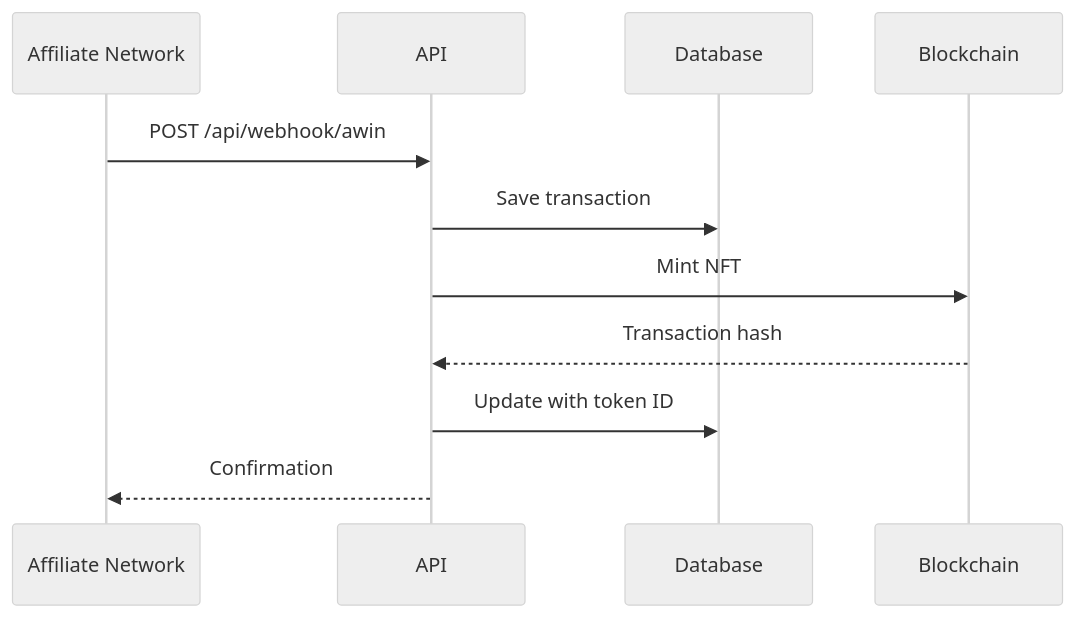
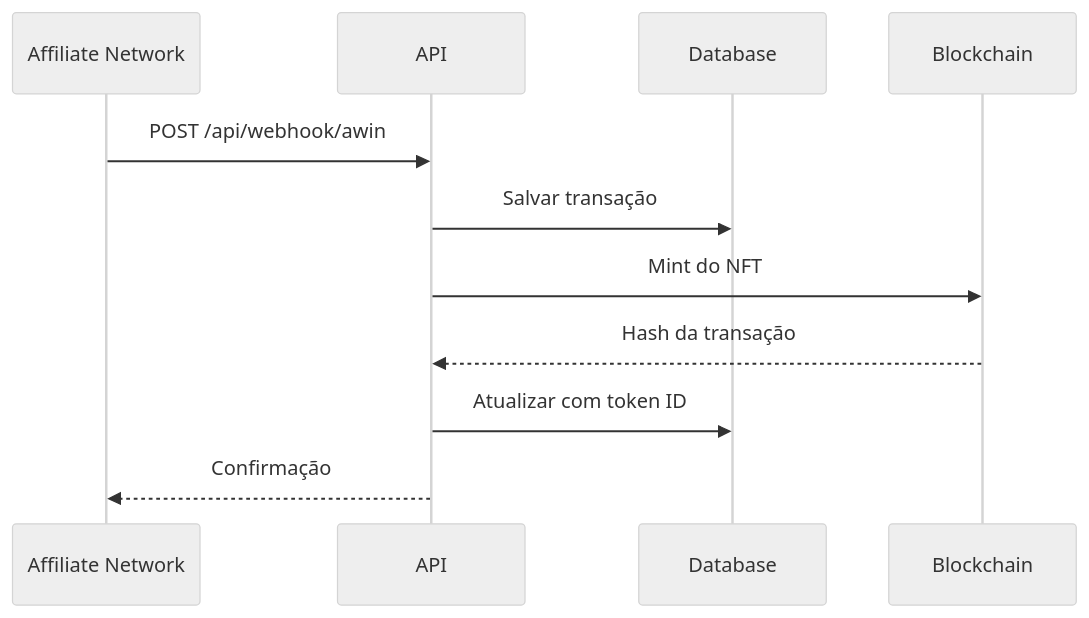
Before and after one commit to ArturGuarnieri/back-2-fan: the second of 2 diagrams in api-back2fan/README.md, drawn with Mermaid (neutral theme). The commit also changed other lines of this file, not shown here.

````diff
--- a/api-back2fan/README.md
+++ b/api-back2fan/README.md
@@ -558,14 +539,14 @@
 ```mermaid
 sequenceDiagram
     participant AF as Affiliate Network
     participant A as API
     participant D as Database
     participant B as Blockchain
     
     AF->>A: POST /api/webhook/awin
-    A->>D: Save transaction
-    A->>B: Mint NFT
-    B-->>A: Transaction hash
-    A->>D: Update with token ID
-    A-->>AF: Confirmation
+    A->>D: Salvar transação
+    A->>B: Mint do NFT
+    B-->>A: Hash da transação
+    A->>D: Atualizar com token ID
+    A-->>AF: Confirmação
 ```
````
